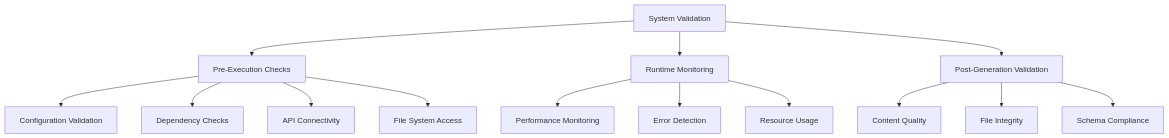
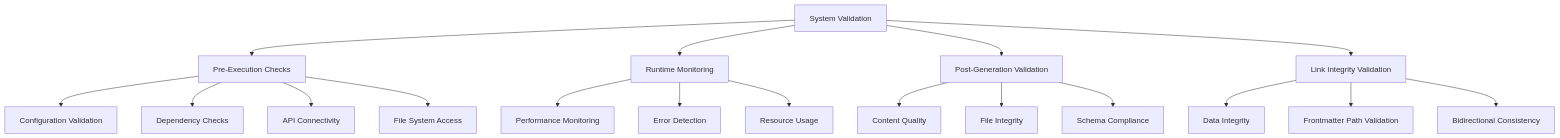
One commit to Air2air/z-beam-generator changed the diagram in docs/01-getting-started/VALIDATION.md. Above: the diagram before and after it, drawn with Mermaid. The commit also changed other lines of this file and 75 other files, not shown here.

````diff
--- a/docs/01-getting-started/VALIDATION.md
+++ b/docs/01-getting-started/VALIDATION.md
@@ -22,19 +24,24 @@
 ```mermaid
 graph TD
     A[System Validation] --> B[Pre-Execution Checks]
     A --> C[Runtime Monitoring]
     A --> D[Post-Generation Validation]
+    A --> E[Link Integrity Validation]
     
-    B --> E[Configuration Validation]
-    B --> F[Dependency Checks]
-    B --> G[API Connectivity]
-    B --> H[File System Access]
+    B --> F[Configuration Validation]
+    B --> G[Dependency Checks]
+    B --> H[API Connectivity]
+    B --> I[File System Access]
     
-    C --> I[Performance Monitoring]
-    C --> J[Error Detection]
-    C --> K[Resource Usage]
+    C --> J[Performance Monitoring]
+    C --> K[Error Detection]
+    C --> L[Resource Usage]
     
-    D --> L[Content Quality]
-    D --> M[File Integrity]
-    D --> N[Schema Compliance]
+    D --> M[Content Quality]
+    D --> N[File Integrity]
+    D --> O[Schema Compliance]
+    
+    E --> P[Data Integrity]
+    E --> Q[Frontmatter Path Validation]
+    E --> R[Bidirectional Consistency]
 ```
````
